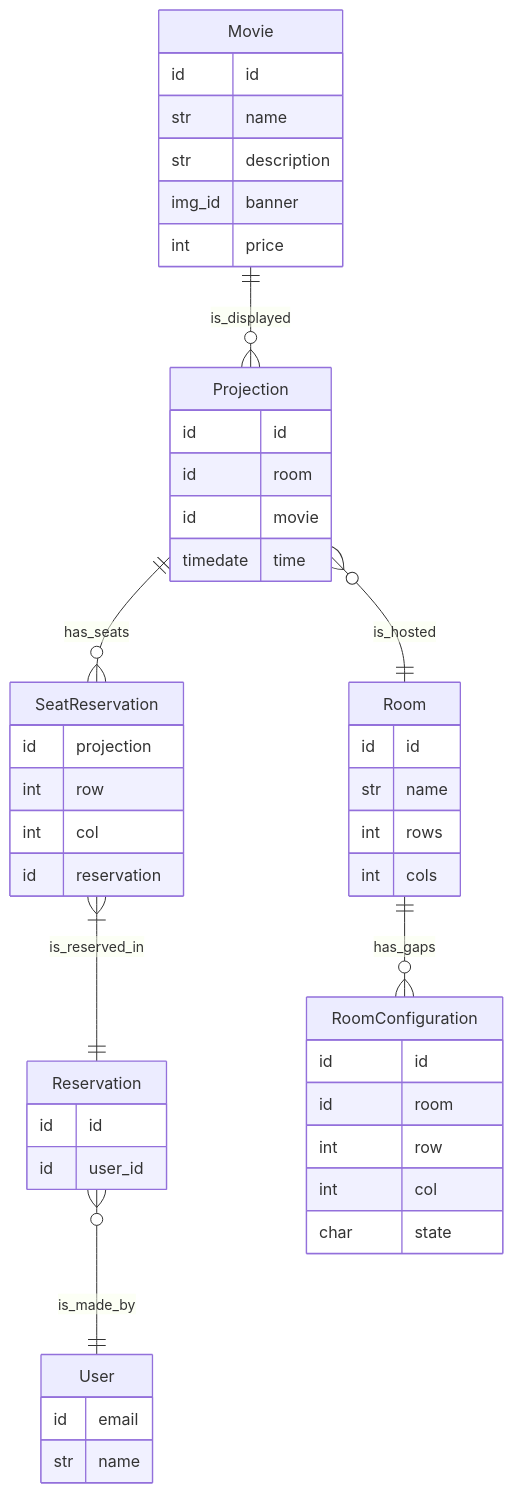
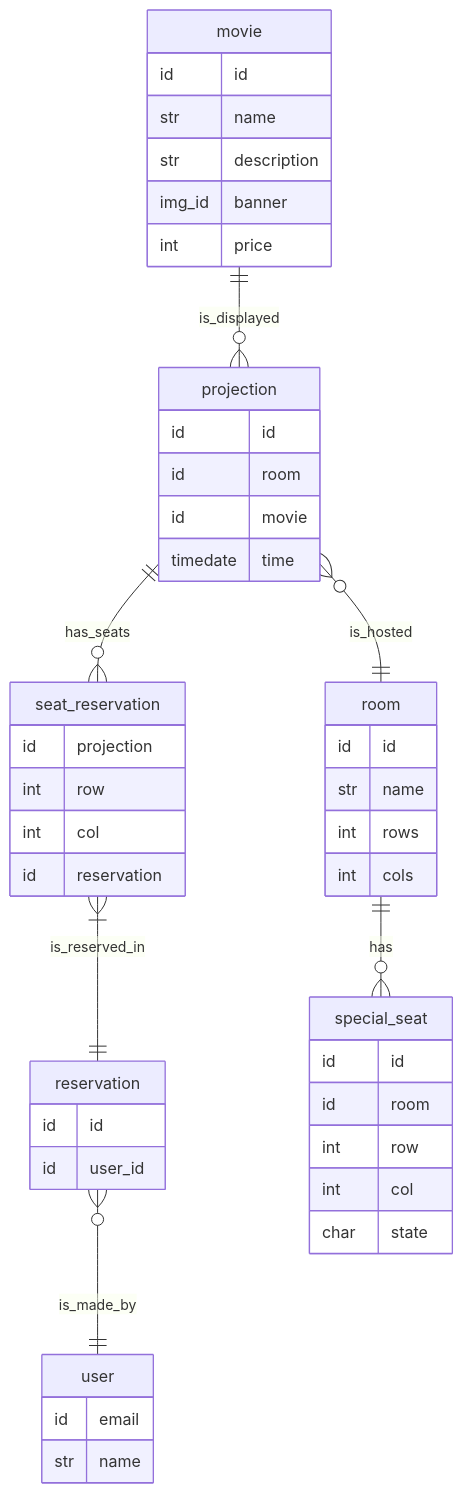
The diagram in docs/database_model.md (jkutkutOrg/Android-CineHub), drawn with Mermaid before and after one commit. The commit also changed other lines of this file and 6 other files, not shown here.

Commit message:
RoomConfiguration data source will be name SpecialSeat from now on. RoomConfiguration will describe the room state

````diff
--- a/docs/database_model.md
+++ b/docs/database_model.md
@@ -1,61 +1,61 @@
 ```mermaid
 erDiagram
-    Movie {
+    movie {
         id id
         str name
         str description
         img_id banner
         int price
     }
 
-    Room {
+    room {
         id id
         str name
         int rows
         int cols
     }
 
-    Projection {
+    projection {
         id id
         id room
         id movie
         timedate time
     }
 
-    Movie ||--o{ Projection : is_displayed
-    Projection }o--|| Room : is_hosted
+    movie ||--o{ projection : is_displayed
+    projection }o--|| room : is_hosted
 
-    SeatReservation {
+    seat_reservation {
         id projection
         int row
         int col
         id reservation
     }
 
-    Projection ||--o{ SeatReservation : has_seats
+    projection ||--o{ seat_reservation : has_seats
 
-    Reservation {
+    reservation {
         id id
         id user_id
     }
 
-    SeatReservation }|--|| Reservation : is_reserved_in
+    seat_reservation }|--|| reservation : is_reserved_in
 
-    User {
+    user {
         id email
         str name
     }
 
-    Reservation }o--|| User : is_made_by
+    reservation }o--|| user : is_made_by
 
-    RoomConfiguration {
+    special_seat {
       id id
       id room
       int row
       int col
       char state
     }
 
-    Room ||--o{ RoomConfiguration : has_gaps
+    room ||--o{ special_seat : has
 
 ```
````
